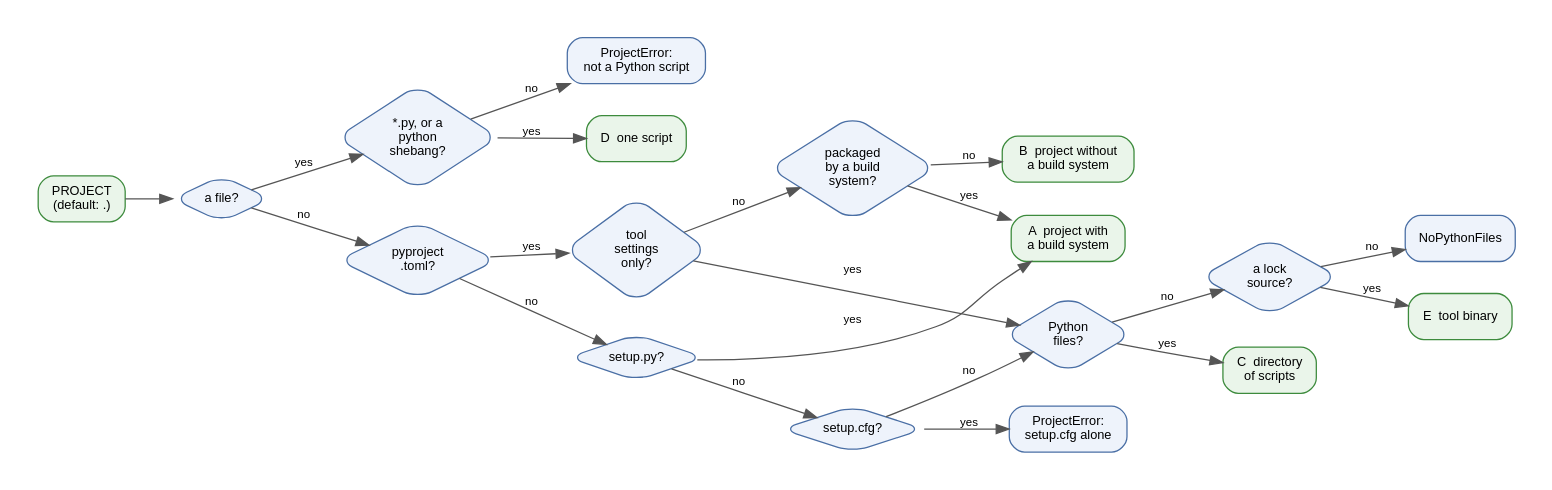
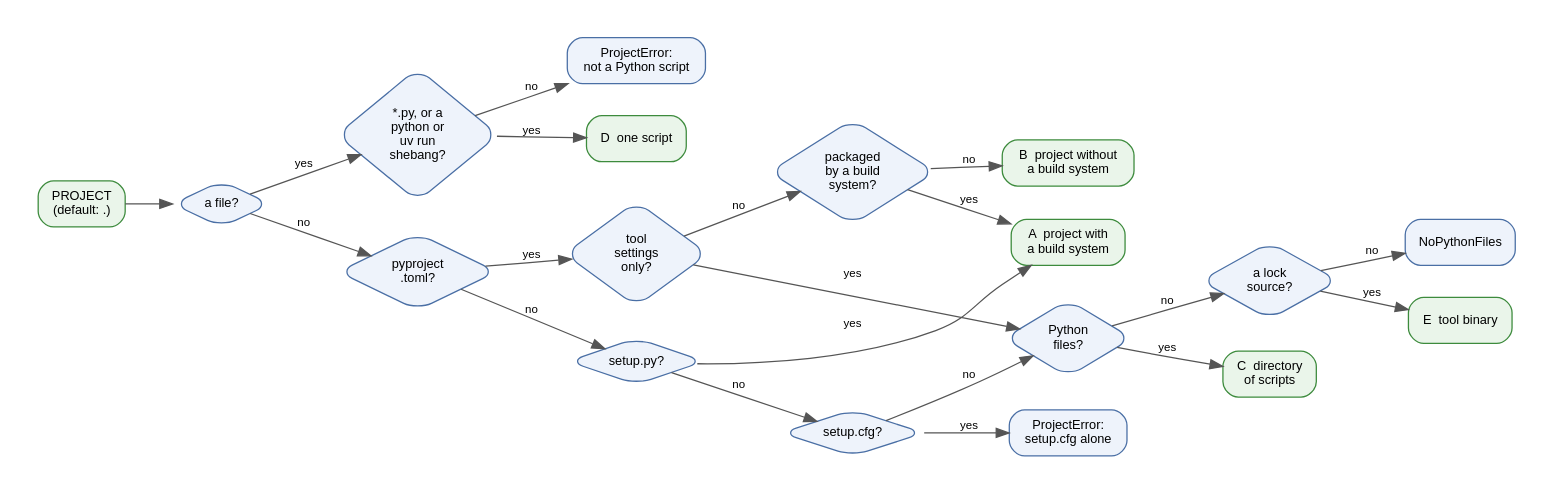
The diagram in wiki/diagrams/build-inputs.dot (devitops-com/fsbpyr), drawn with Graphviz before and after one commit. The commit also changed 26 other files, not shown here.

```diff
--- a/wiki/diagrams/build-inputs.dot
+++ b/wiki/diagrams/build-inputs.dot
@@ -1,51 +1,51 @@
-// What fsbpyr build starts from (v0.27.0): project.Project.load (_read, _bare, _script) decides
+// What fsbpyr build starts from (v0.28.0): project.Project.load (_read, _bare, _script) decides
 // which of five kinds of input PROJECT is. The letters are the ones the step-by-step section and
 // build-pipeline.dot use.
 digraph build_inputs {
   graph [fontname="Helvetica" fontsize=11 rankdir=LR bgcolor="white" pad=0.3 nodesep=0.35 ranksep=0.5];
   node [fontname="Helvetica" fontsize=10 shape=box style="rounded,filled" fillcolor="#eef3fb" color="#4a6fa5"];
   edge [fontname="Helvetica" fontsize=9 color="#555555"];
 
   // decisions, made by Project.load at build time
   file [shape=diamond label="a file?"];
-  script [shape=diamond label="*.py, or a\npython\nshebang?"];
+  script [shape=diamond label="*.py, or a\npython or\nuv run\nshebang?"];
   pyproject [shape=diamond label="pyproject\n.toml?"];
   settings [shape=diamond label="tool\nsettings\nonly?"];
   backend [shape=diamond label="packaged\nby a build\nsystem?"];
   setuppy [shape=diamond label="setup.py?"];
   setupcfg [shape=diamond label="setup.cfg?"];
   python [shape=diamond label="Python\nfiles?"];
   lock [shape=diamond label="a lock\nsource?"];
   notscript [label="ProjectError:\nnot a Python script"];
   cfg [label="ProjectError:\nsetup.cfg alone"];
   empty [label="NoPythonFiles"];
 
   // the input on disk, and what it turns out to be
   node [fillcolor="#eaf5ea" color="#3d8b3d"];
   arg [label="PROJECT\n(default: .)"];
   A [label="A  project with\na build system"];
   B [label="B  project without\na build system"];
   C [label="C  directory\nof scripts"];
   D [label="D  one script"];
   E [label="E  tool binary"];
 
   arg -> file;
   file -> script [label="yes"];
   script -> D [label="yes"];
   script -> notscript [label="no"];
   file -> pyproject [label="no"];
   pyproject -> settings [label="yes"];
   settings -> backend [label="no"];
   backend -> A [label="yes"];
   backend -> B [label="no"];
   settings -> python [label="yes"];
   pyproject -> setuppy [label="no"];
   setuppy -> A [label="yes"];
   setuppy -> setupcfg [label="no"];
   setupcfg -> cfg [label="yes"];
   setupcfg -> python [label="no"];
   python -> C [label="yes"];
   python -> lock [label="no"];
   lock -> E [label="yes"];
   lock -> empty [label="no"];
 }
```
